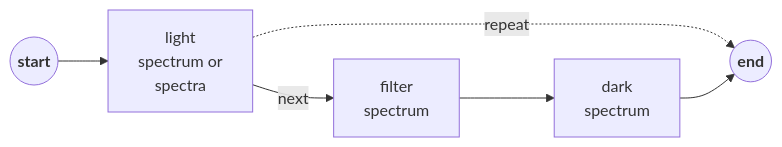
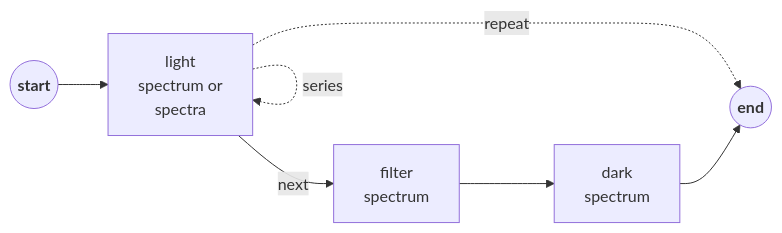
Before and after one commit to aphalo/r4p-blog: the ninth of 11 diagrams in pages/acq-irrad-tutorial.qmd, drawn with Mermaid. The commit also changed other lines of this file and 1 other file, not shown here.

Commit message:
acq-irrad-tutorial add figure legends and edit

````diff
--- a/pages/acq-irrad-tutorial.qmd
+++ b/pages/acq-irrad-tutorial.qmd
@@ -337,6 +389,9 @@
 ```{mermaid}
+%%| label: fig-protocol-lfd
+%%| fig-cap: Flow chart of the measurement steps for protocol _light + filter + dark_ or `lfd`.
 flowchart LR
   S((<b>start</b>)) --> A
   A -.repeat.-> E
   A[light\nspectrum or\nspectra] --next--> B[filter\nspectrum] --> C[dark\nspectrum] --> E((<b>end</b>))
+  A -.series.-> A
 ```
````
